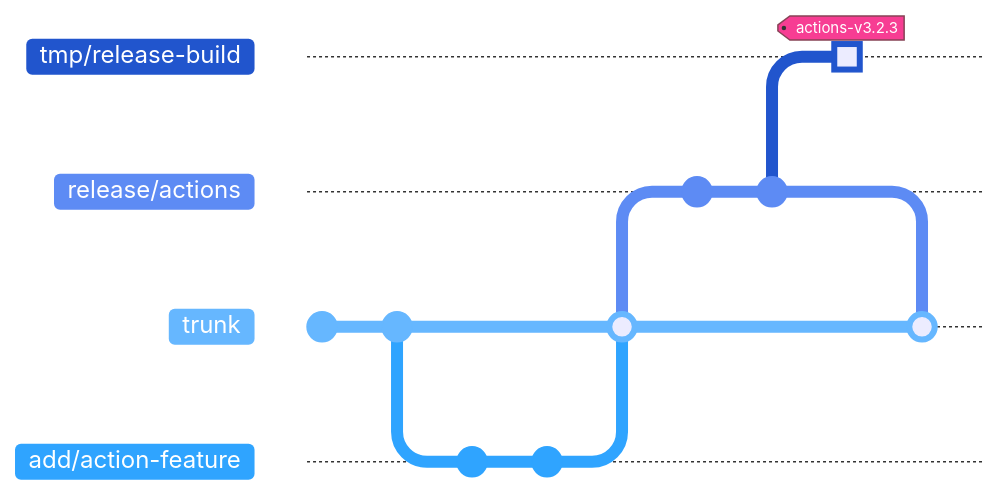
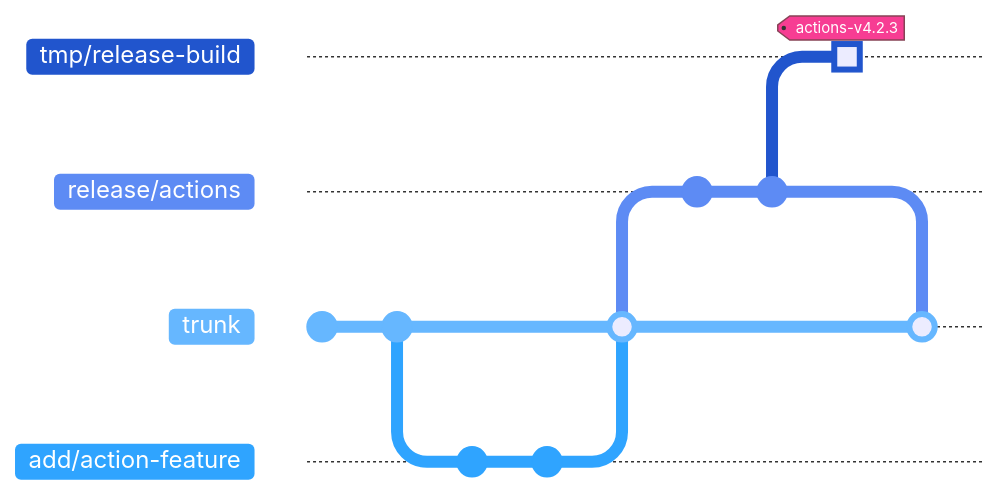
The diagram in packages/github-actions/README.md (woocommerce/grow), drawn with Mermaid before and after one commit. The commit also changed other lines of this file and 15 other files, not shown here. Commit ids are hidden.

````diff
--- a/packages/github-actions/README.md
+++ b/packages/github-actions/README.md
@@ -101,42 +101,42 @@
 ```mermaid
 %%{
   init: {
     "gitGraph": {
       "mainBranchName": "trunk",
       "mainBranchOrder": 2
     },
     "themeVariables": {
       "git0": "#2155CD",
       "git1": "#5D8BF4",
       "git2": "#66B7FF",
       "git3": "#2FA4FF",
       "gitBranchLabel0": "#FFFFFF",
       "gitBranchLabel1": "#FFFFFF",
       "gitBranchLabel2": "#FFFFFF",
       "gitBranchLabel3": "#FFFFFF",
       "tagLabelBorder": "#874356",
       "tagLabelBackground": "#F73D93",
       "tagLabelColor": "#FFFFFF",
       "commitLabelBackground": "#DFDFDE",
       "gitInv0": "#2155CD"
     }
   }
 }%%
 
 gitGraph
   commit
   commit
   branch add/action-feature order: 3
   commit
   commit
   checkout trunk
   merge add/action-feature
   branch release/actions order: 1
   commit id: "Changelog"
   commit id: "Bump version"
   branch tmp/release-build order: 0
-  commit id: "Release build" type: HIGHLIGHT tag: "actions-v3.2.3"
+  commit id: "Release build" type: HIGHLIGHT tag: "actions-v4.2.3"
   checkout trunk
   merge release/actions
 
 ```
````
